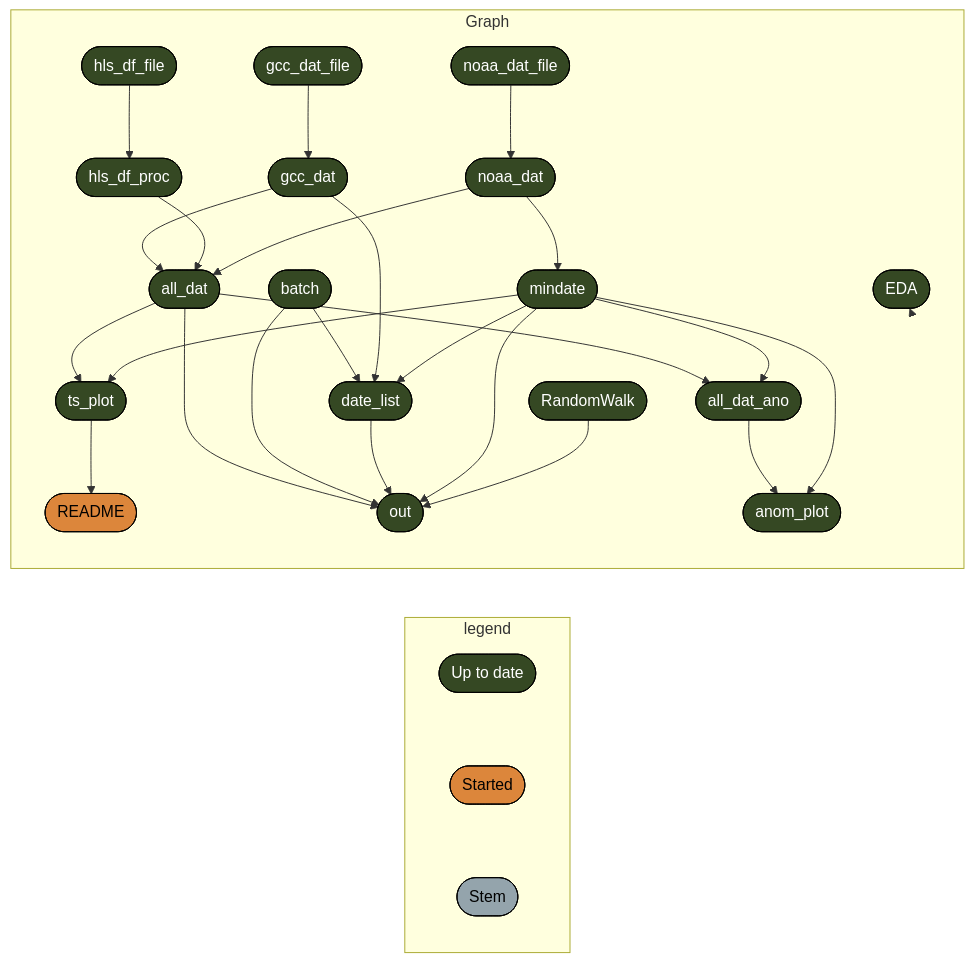
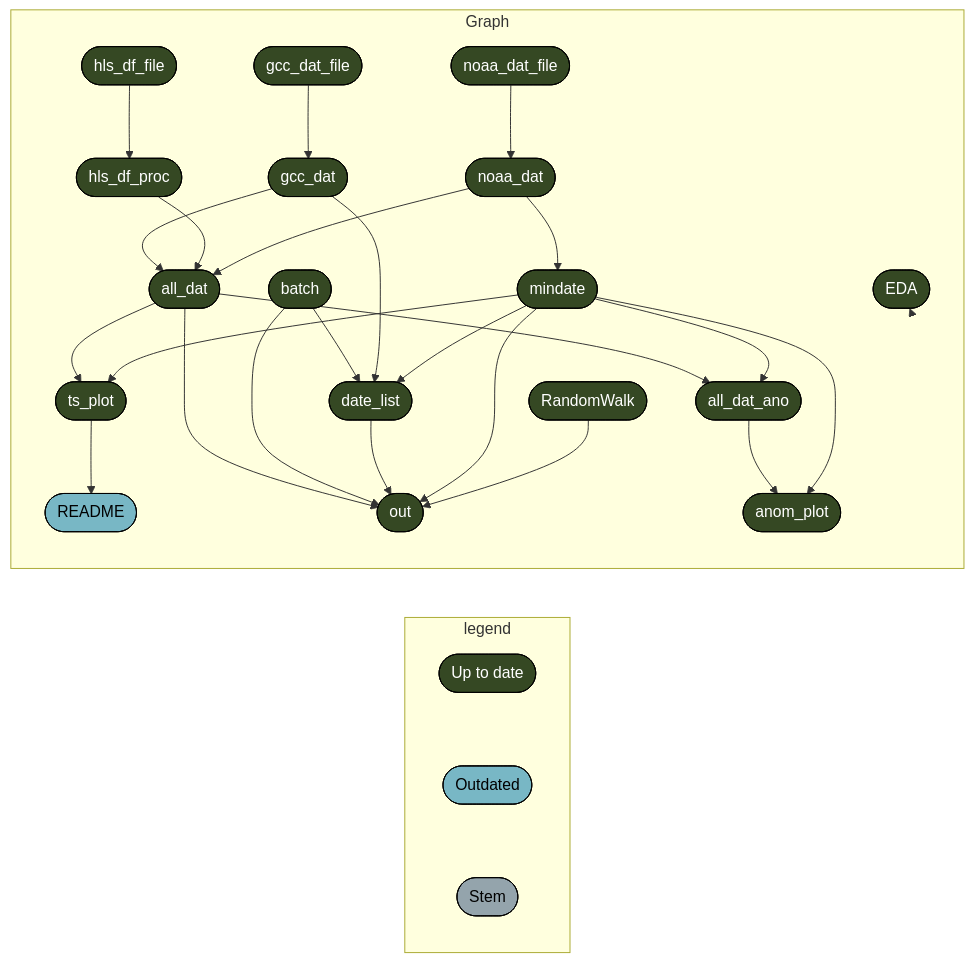
Before and after one commit to Aariq/efi-2022-phenocam: the diagram in README.md, drawn with Mermaid. The commit also changed other lines of this file and 3 other files, not shown here.

````diff
--- a/README.md
+++ b/README.md
@@ -19,38 +19,38 @@
 ``` mermaid
 graph LR
   subgraph legend
-    x7420bd9270f8d27d([""Up to date""]):::uptodate --- x5b3426b4c7fa7dbc([""Started""]):::started
-    x5b3426b4c7fa7dbc([""Started""]):::started --- xbf4603d6c2c2ad6b([""Stem""]):::none
+    x7420bd9270f8d27d([""Up to date""]):::uptodate --- x0a52b03877696646([""Outdated""]):::outdated
+    x0a52b03877696646([""Outdated""]):::outdated --- xbf4603d6c2c2ad6b([""Stem""]):::none
   end
   subgraph Graph
     x9d9338876342a883(["all_dat"]):::uptodate --> x16fdb873ff498824(["all_dat_ano"]):::uptodate
     x68dd683e0472743b(["mindate"]):::uptodate --> x16fdb873ff498824(["all_dat_ano"]):::uptodate
     xb8d8de52ba56a7bb(["gcc_dat_file"]):::uptodate --> x250fae475e168023(["gcc_dat"]):::uptodate
     x37a4b6e78faf3120(["noaa_dat_file"]):::uptodate --> xb9d1c1bbc12ef44d(["noaa_dat"]):::uptodate
-    x32cef2290a81c584(["ts_plot"]):::uptodate --> x793b57f9be3e25d5(["README"]):::started
+    x32cef2290a81c584(["ts_plot"]):::uptodate --> x793b57f9be3e25d5(["README"]):::outdated
     x9d9338876342a883(["all_dat"]):::uptodate --> xd7adfc39060f91a9(["out"]):::uptodate
     x74653413816894b0(["batch"]):::uptodate --> xd7adfc39060f91a9(["out"]):::uptodate
     x8448797b328e6352(["date_list"]):::uptodate --> xd7adfc39060f91a9(["out"]):::uptodate
     x68dd683e0472743b(["mindate"]):::uptodate --> xd7adfc39060f91a9(["out"]):::uptodate
     x8fa3f0bfe3afe1bc(["RandomWalk"]):::uptodate --> xd7adfc39060f91a9(["out"]):::uptodate
     x18f6cc99ecb95617(["hls_df_file"]):::uptodate --> x64431175705194ee(["hls_df_proc"]):::uptodate
     x74653413816894b0(["batch"]):::uptodate --> x8448797b328e6352(["date_list"]):::uptodate
     x250fae475e168023(["gcc_dat"]):::uptodate --> x8448797b328e6352(["date_list"]):::uptodate
     x68dd683e0472743b(["mindate"]):::uptodate --> x8448797b328e6352(["date_list"]):::uptodate
     xb9d1c1bbc12ef44d(["noaa_dat"]):::uptodate --> x68dd683e0472743b(["mindate"]):::uptodate
     x9d9338876342a883(["all_dat"]):::uptodate --> x32cef2290a81c584(["ts_plot"]):::uptodate
     x68dd683e0472743b(["mindate"]):::uptodate --> x32cef2290a81c584(["ts_plot"]):::uptodate
     x16fdb873ff498824(["all_dat_ano"]):::uptodate --> xdae95d0f164d35b8(["anom_plot"]):::uptodate
     x68dd683e0472743b(["mindate"]):::uptodate --> xdae95d0f164d35b8(["anom_plot"]):::uptodate
     x250fae475e168023(["gcc_dat"]):::uptodate --> x9d9338876342a883(["all_dat"]):::uptodate
     x64431175705194ee(["hls_df_proc"]):::uptodate --> x9d9338876342a883(["all_dat"]):::uptodate
     xb9d1c1bbc12ef44d(["noaa_dat"]):::uptodate --> x9d9338876342a883(["all_dat"]):::uptodate
     xcd447f216a0c85c5(["EDA"]):::uptodate --> xcd447f216a0c85c5(["EDA"]):::uptodate
   end
   classDef uptodate stroke:#000000,color:#ffffff,fill:#354823;
-  classDef started stroke:#000000,color:#000000,fill:#DC863B;
+  classDef outdated stroke:#000000,color:#000000,fill:#78B7C5;
   classDef none stroke:#000000,color:#000000,fill:#94a4ac;
   linkStyle 0 stroke-width:0px;
   linkStyle 1 stroke-width:0px;
   linkStyle 24 stroke-width:0px;
 ```
````
